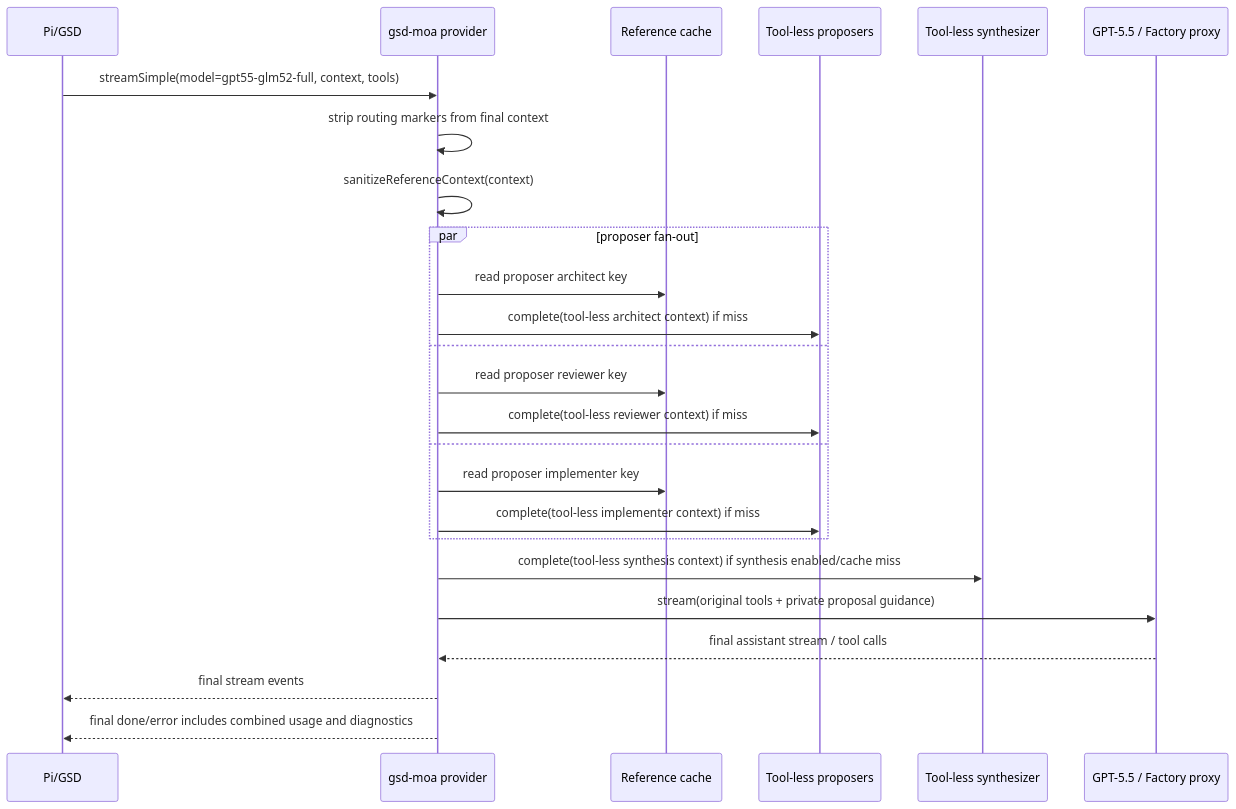
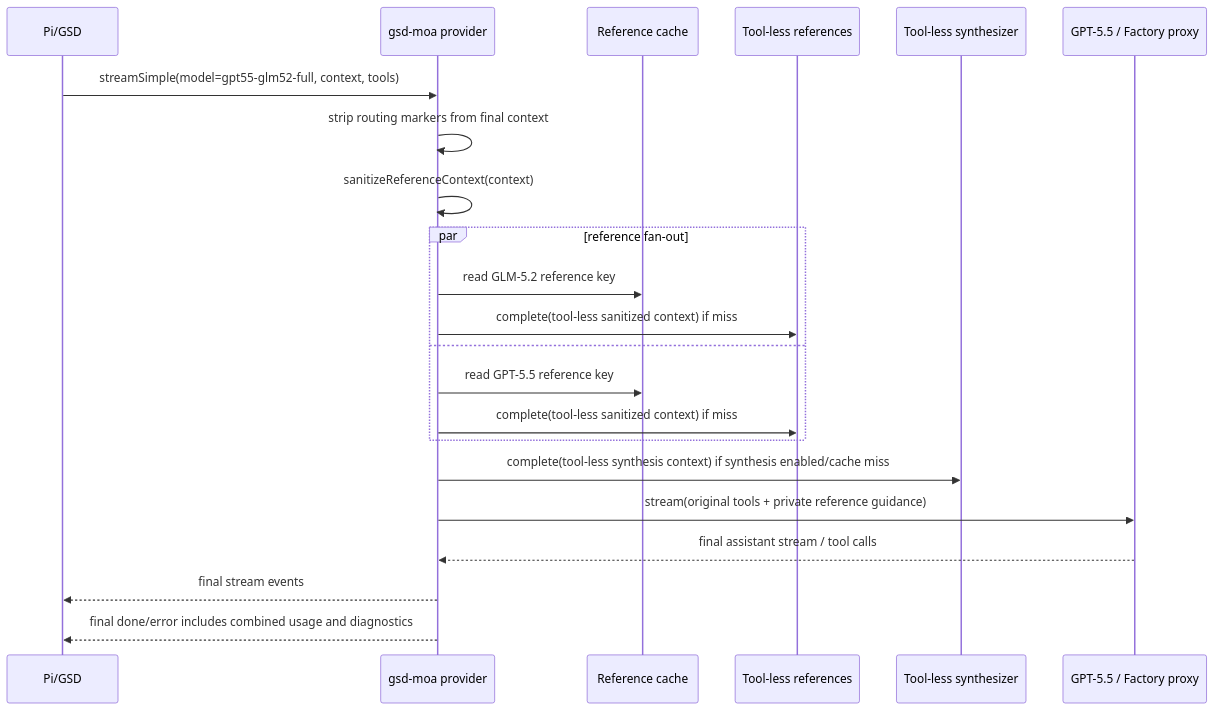
One commit to manthedan/gsd-moa changed the second of 2 diagrams in docs/FULL-MOA.md. Above: the diagram before and after it, drawn with Mermaid. The commit also changed other lines of this file and 16 other files, not shown here.

````diff
--- a/docs/FULL-MOA.md
+++ b/docs/FULL-MOA.md
@@ -24,28 +22,25 @@
 ```mermaid
 sequenceDiagram
   participant Pi as Pi/GSD
   participant MoA as gsd-moa provider
   participant Cache as Reference cache
-  participant P as Tool-less proposers
+  participant R as Tool-less references
   participant S as Tool-less synthesizer
   participant GPT as GPT-5.5 / Factory proxy
 
   Pi->>MoA: streamSimple(model=gpt55-glm52-full, context, tools)
   MoA->>MoA: strip routing markers from final context
   MoA->>MoA: sanitizeReferenceContext(context)
-  par proposer fan-out
-    MoA->>Cache: read proposer architect key
-    MoA->>P: complete(tool-less architect context) if miss
+  par reference fan-out
+    MoA->>Cache: read GLM-5.2 reference key
+    MoA->>R: complete(tool-less sanitized context) if miss
   and
-    MoA->>Cache: read proposer reviewer key
-    MoA->>P: complete(tool-less reviewer context) if miss
-  and
-    MoA->>Cache: read proposer implementer key
-    MoA->>P: complete(tool-less implementer context) if miss
+    MoA->>Cache: read GPT-5.5 reference key
+    MoA->>R: complete(tool-less sanitized context) if miss
   end
   MoA->>S: complete(tool-less synthesis context) if synthesis enabled/cache miss
-  MoA->>GPT: stream(original tools + private proposal guidance)
+  MoA->>GPT: stream(original tools + private reference guidance)
   GPT-->>MoA: final assistant stream / tool calls
   MoA-->>Pi: final stream events
   MoA-->>Pi: final done/error includes combined usage and diagnostics
 ```
````
